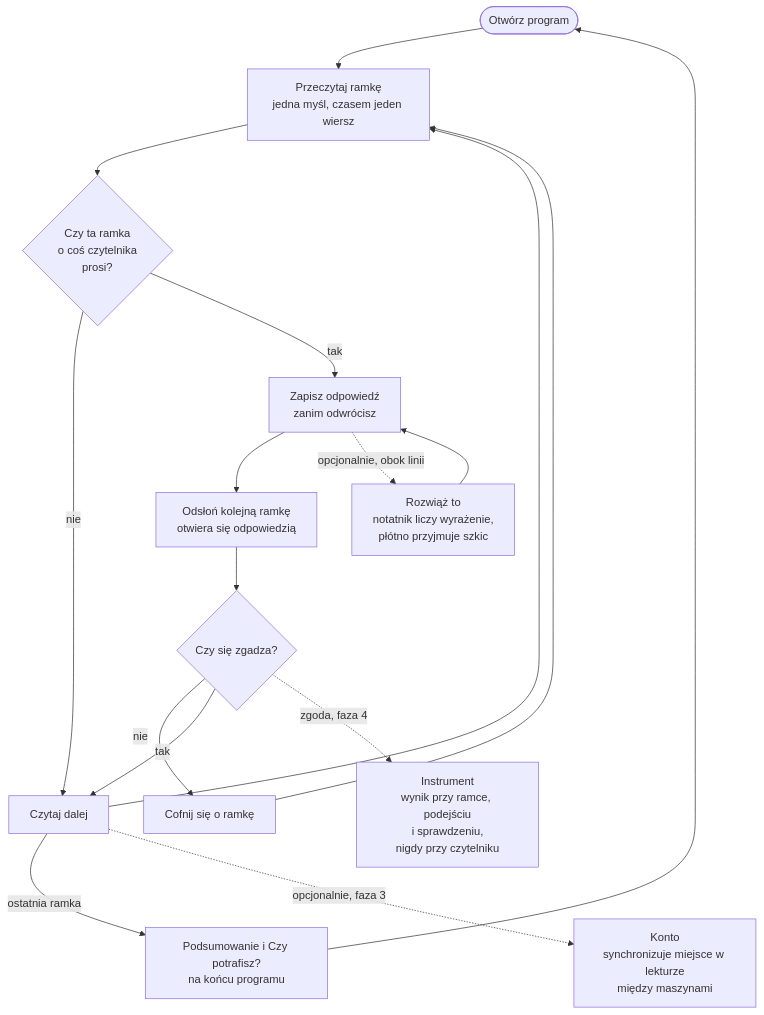
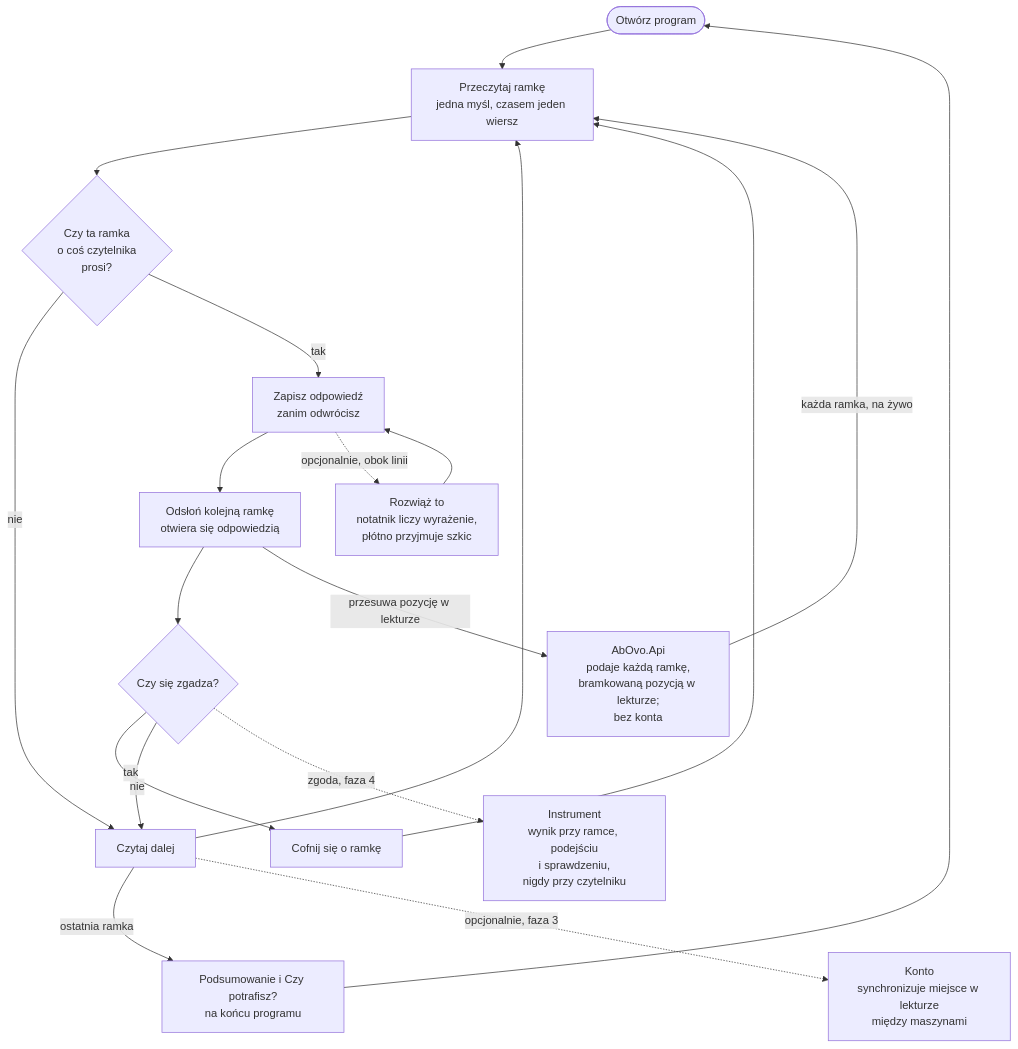
The diagram in docs/diagrams/b1-reader-loop.pl.mmd (konradcinkusz/ab-ove), drawn with Mermaid before and after one commit. The commit also changed 40 other files, not shown here.

```diff
--- a/docs/diagrams/b1-reader-loop.pl.mmd
+++ b/docs/diagrams/b1-reader-loop.pl.mmd
@@ -1,56 +1,67 @@
 %% Pętla czytelnika ab-ovo.
 %% JEDEN DIAGRAM NA PLIK. UTF-8. Dlaczego nie ASCII: patrz a1-system-context.pl.mmd.
 
-%% KAŻDE POLE TEGO DIAGRAMU DZIAŁA BEZ KONTA I BEZ BACKENDU. To pierwszy wymóg produktu, nie
-%% optymalizacja: ramki są serwowane razem z witryną jako wersjonowana paczka
-%% (ADR-0008, ADR-0038), a wszystko, co czytelnik napisze, zostaje w jego przeglądarce
-%% (ADR-0039).
+%% KAŻDE POLE TEGO DIAGRAMU DZIAŁA BEZ KONTA, A KAŻDA RAMKA PRZYCHODZI Z API. To dwa wymogi
+%% i ten plik rysował je kiedyś jako jeden. ADR-0060 utrzymał pierwszy i odwrócił drugi:
+%% każda ramka i każde odsłonięcie to żywe, bramkowane wywołanie AbOvo.Api, które podaje
+%% skompilowaną paczkę treści książki (ADR-0038) krok po kroku i przesuwa pozycję w lekturze,
+%% gdy czytelnik odsłania. Pozycję anonimowego czytelnika przechowuje nieprzezroczyste
+%% ciasteczko, nie token (ADR-0061), a to, co czytelnik napisze na ramce, nadal zostaje w jego
+%% przeglądarce (ADR-0039).
+
+%% API JEST NARYSOWANE CIĄGŁĄ LINIĄ, BO NIE JEST OPCJONALNE. Treść to jedyna integracja,
+%% wokół której ten produkt się nie degraduje (P8 jej nie obejmuje): gdy API nie działa, nie
+%% zostaje podana żadna ramka, a czytelnik słyszy to wprost, zamiast dostać ramkę skądinąd.
 
 %% GAŁĄŹ PRACY BYŁA KIEDYŚ PYTHONEM I JUŻ NIE JEST (ADR-0040). Kazała czytelnikowi książki
 %% matematycznej pisać kod, dosięgła jednego programu z czterdziestu siedmiu i kosztowała
 %% 6,4 MB oraz dwie sekundy startu przy każdej wizycie. Zastąpił ją arkusz: linia
 %% odpowiedzi, notatnik liczący arytmetykę (ADR-0042) i płótno (ADR-0043). Żadne z nich nie
-%% jest językiem i wszystkie trzy są opcjonalne.
+%% jest językiem, wszystkie trzy są opcjonalne i żadne nie potrzebuje API.
 
-%% Dwie kropkowane krawędzie wychodzące z pętli to jedyne miejsca, gdzie pojawia się serwer,
-%% i żadna nie leży na ścieżce: konto synchronizuje miejsce w lekturze między maszynami i
-%% nic poza tym, a wynik trafia gdziekolwiek tylko wtedy, gdy czytelnik się zgodził. Obu
-%% może nie być i pętla jest taka sama.
+%% Dwie kropkowane krawędzie wychodzące z pętli są opcjonalne i żadna nie leży na ścieżce:
+%% konto synchronizuje pozycję w lekturze między maszynami i nic poza tym, a wynik trafia
+%% gdziekolwiek tylko wtedy, gdy czytelnik się zgodził. Obu może nie być i pętla jest taka
+%% sama.
 
 %% CZEGO CELOWO NIE NARYSOWANO: kroku oceniania. Kolejna ramka otwiera się odpowiedzią i
 %% czytelnik porównuje. Maszyna może powiedzieć "zgadza się z książką" tam, gdzie cała
 %% odpowiedź książki to jedna liczba, i nie mówi nigdy nic innego - nigdy "źle" (ADR-0039).
 %% Nic nie ocenia tego porównania i nie jest wołany żaden model językowy (ADR-0010).
 %% Porównanie JEST nauczaniem.
 
 flowchart TD
   START(["Otwórz program"])
   READ["Przeczytaj ramkę<br/>jedna myśl, czasem jeden wiersz"]
   ASKS{"Czy ta ramka<br/>o coś czytelnika<br/>prosi?"}
   WORK["Rozwiąż to<br/>notatnik liczy wyrażenie,<br/>płótno przyjmuje szkic"]
   COMMIT["Zapisz odpowiedź<br/>zanim odwrócisz"]
   REVEAL["Odsłoń kolejną ramkę<br/>otwiera się odpowiedzią"]
   COMPARE{"Czy się zgadza?"}
   BACK["Cofnij się o ramkę"]
   NEXT["Czytaj dalej"]
   SUMMARY["Podsumowanie i Czy potrafisz?<br/>na końcu programu"]
+  API["AbOvo.Api<br/>podaje każdą ramkę,<br/>bramkowaną pozycją w lekturze;<br/>bez konta"]
   SYNC["Konto<br/>synchronizuje miejsce w lekturze<br/>między maszynami"]
   INST["Instrument<br/>wynik przy ramce, podejściu<br/>i sprawdzeniu,<br/>nigdy przy czytelniku"]
 
   START --> READ
   READ --> ASKS
   ASKS -->|"nie"| NEXT
   ASKS -->|"tak"| COMMIT
   COMMIT --> REVEAL
   WORK --> COMMIT
   COMMIT -.->|"opcjonalnie, obok linii"| WORK
   REVEAL --> COMPARE
   COMPARE -->|"nie"| BACK
   BACK --> READ
   COMPARE -->|"tak"| NEXT
   NEXT --> READ
   NEXT -->|"ostatnia ramka"| SUMMARY
   SUMMARY --> START
 
+  API -->|"każda ramka, na żywo"| READ
+  REVEAL -->|"przesuwa pozycję w lekturze"| API
+
   NEXT -.->|"opcjonalnie, faza 3"| SYNC
   COMPARE -.->|"zgoda, faza 4"| INST
```
